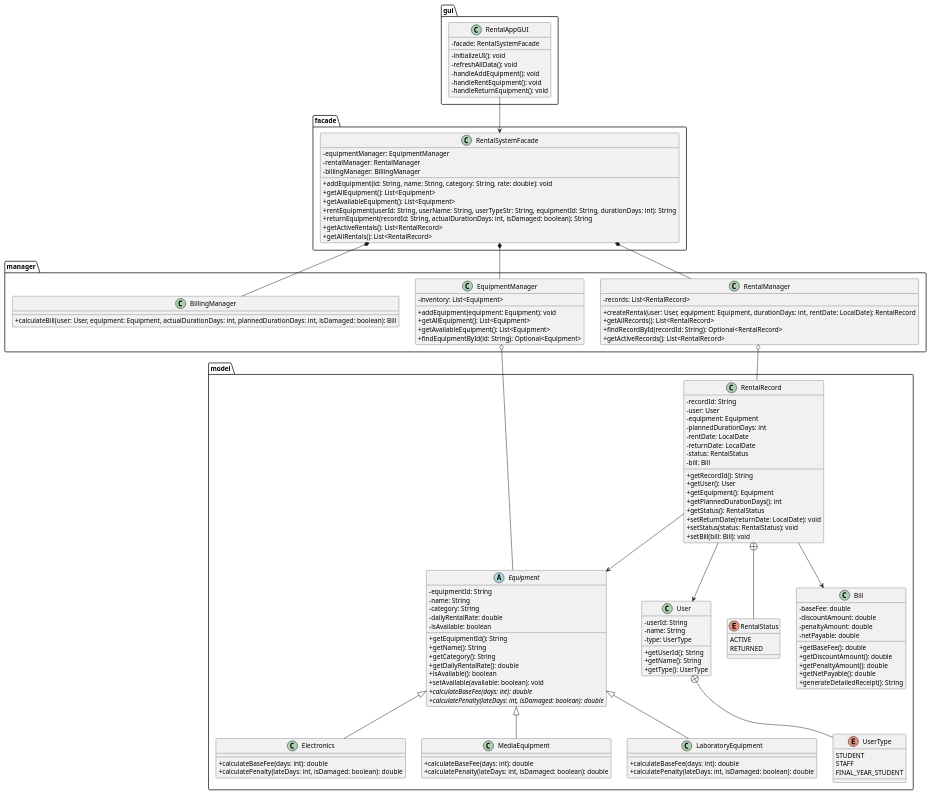
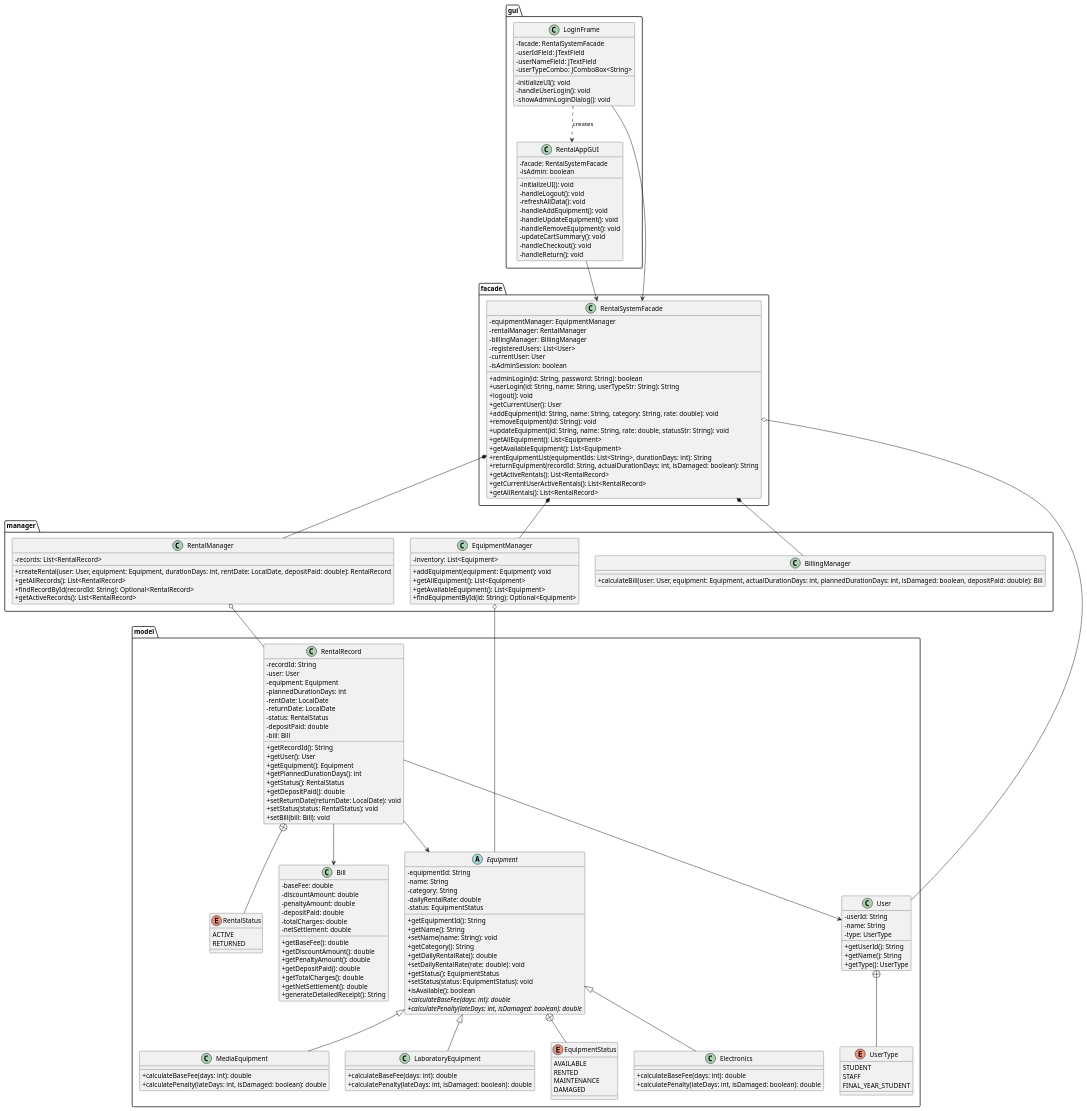
The diagram in Final Assignment/uml/class_diagram.puml (Azieltan/OOAD_FINAL_ASSIGNMENT), drawn with PlantUML before and after one commit. The commit also changed 14 other files, not shown here.

Commit message:
Implement self-service login, role-based views, deposit system, and equipment conditions

```diff
--- a/Final Assignment/uml/class_diagram.puml
+++ b/Final Assignment/uml/class_diagram.puml
@@ -2,13 +2,30 @@
 skinparam classAttributeIconSize 0
 
 package "gui" {
+    class LoginFrame {
+        - facade: RentalSystemFacade
+        - userIdField: JTextField
+        - userNameField: JTextField
+        - userTypeCombo: JComboBox<String>
+        - initializeUI(): void
+        - handleUserLogin(): void
+        - showAdminLoginDialog(): void
+    }
+
     class RentalAppGUI {
         - facade: RentalSystemFacade
+        - isAdmin: boolean
         - initializeUI(): void
+        - handleLogout(): void
         - refreshAllData(): void
+        ' Admin UI actions
         - handleAddEquipment(): void
-        - handleRentEquipment(): void
-        - handleReturnEquipment(): void
+        - handleUpdateEquipment(): void
+        - handleRemoveEquipment(): void
+        ' User UI actions
+        - updateCartSummary(): void
+        - handleCheckout(): void
+        - handleReturn(): void
     }
 }
 
@@ -17,12 +34,22 @@
         - equipmentManager: EquipmentManager
         - rentalManager: RentalManager
         - billingManager: BillingManager
+        - registeredUsers: List<User>
+        - currentUser: User
+        - isAdminSession: boolean
+        + adminLogin(id: String, password: String): boolean
+        + userLogin(id: String, name: String, userTypeStr: String): String
+        + logout(): void
+        + getCurrentUser(): User
         + addEquipment(id: String, name: String, category: String, rate: double): void
+        + removeEquipment(id: String): void
+        + updateEquipment(id: String, name: String, rate: double, statusStr: String): void
         + getAllEquipment(): List<Equipment>
         + getAvailableEquipment(): List<Equipment>
-        + rentEquipment(userId: String, userName: String, userTypeStr: String, equipmentId: String, durationDays: int): String
+        + rentEquipmentList(equipmentIds: List<String>, durationDays: int): String
         + returnEquipment(recordId: String, actualDurationDays: int, isDamaged: boolean): String
         + getActiveRentals(): List<RentalRecord>
+        + getCurrentUserActiveRentals(): List<RentalRecord>
         + getAllRentals(): List<RentalRecord>
     }
 }
@@ -38,14 +65,14 @@
 
     class RentalManager {
         - records: List<RentalRecord>
-        + createRental(user: User, equipment: Equipment, durationDays: int, rentDate: LocalDate): RentalRecord
+        + createRental(user: User, equipment: Equipment, durationDays: int, rentDate: LocalDate, depositPaid: double): RentalRecord
         + getAllRecords(): List<RentalRecord>
         + findRecordById(recordId: String): Optional<RentalRecord>
         + getActiveRecords(): List<RentalRecord>
     }
 
     class BillingManager {
-        + calculateBill(user: User, equipment: Equipment, actualDurationDays: int, plannedDurationDays: int, isDamaged: boolean): Bill
+        + calculateBill(user: User, equipment: Equipment, actualDurationDays: int, plannedDurationDays: int, isDamaged: boolean, depositPaid: double): Bill
     }
 }
 
@@ -55,15 +82,25 @@
         - name: String
         - category: String
         - dailyRentalRate: double
-        - isAvailable: boolean
+        - status: EquipmentStatus
         + getEquipmentId(): String
         + getName(): String
+        + setName(name: String): void
         + getCategory(): String
         + getDailyRentalRate(): double
+        + setDailyRentalRate(rate: double): void
+        + getStatus(): EquipmentStatus
+        + setStatus(status: EquipmentStatus): void
         + isAvailable(): boolean
-        + setAvailable(available: boolean): void
         + {abstract} calculateBaseFee(days: int): double
         + {abstract} calculatePenalty(lateDays: int, isDamaged: boolean): double
+    }
+
+    enum EquipmentStatus {
+        AVAILABLE
+        RENTED
+        MAINTENANCE
+        DAMAGED
     }
 
     class Electronics {
@@ -104,12 +141,14 @@
         - rentDate: LocalDate
         - returnDate: LocalDate
         - status: RentalStatus
+        - depositPaid: double
         - bill: Bill
         + getRecordId(): String
         + getUser(): User
         + getEquipment(): Equipment
         + getPlannedDurationDays(): int
         + getStatus(): RentalStatus
+        + getDepositPaid(): double
         + setReturnDate(returnDate: LocalDate): void
         + setStatus(status: RentalStatus): void
         + setBill(bill: Bill): void
@@ -124,21 +163,29 @@
         - baseFee: double
         - discountAmount: double
         - penaltyAmount: double
-        - netPayable: double
+        - depositPaid: double
+        - totalCharges: double
+        - netSettlement: double
         + getBaseFee(): double
         + getDiscountAmount(): double
         + getPenaltyAmount(): double
-        + getNetPayable(): double
+        + getDepositPaid(): double
+        + getTotalCharges(): double
+        + getNetSettlement(): double
         + generateDetailedReceipt(): String
     }
 }
 
 ' Relationships
+LoginFrame --> RentalSystemFacade
+LoginFrame ..> RentalAppGUI : creates
+
 RentalAppGUI --> RentalSystemFacade
 
 RentalSystemFacade *-- EquipmentManager
 RentalSystemFacade *-- RentalManager
 RentalSystemFacade *-- BillingManager
+RentalSystemFacade o-- User
 
 EquipmentManager o-- Equipment
 RentalManager o-- RentalRecord
@@ -149,6 +196,7 @@
 
 User +-- UserType
 RentalRecord +-- RentalStatus
+Equipment +-- EquipmentStatus
 
 Electronics -up-|> Equipment
 MediaEquipment -up-|> Equipment
```
